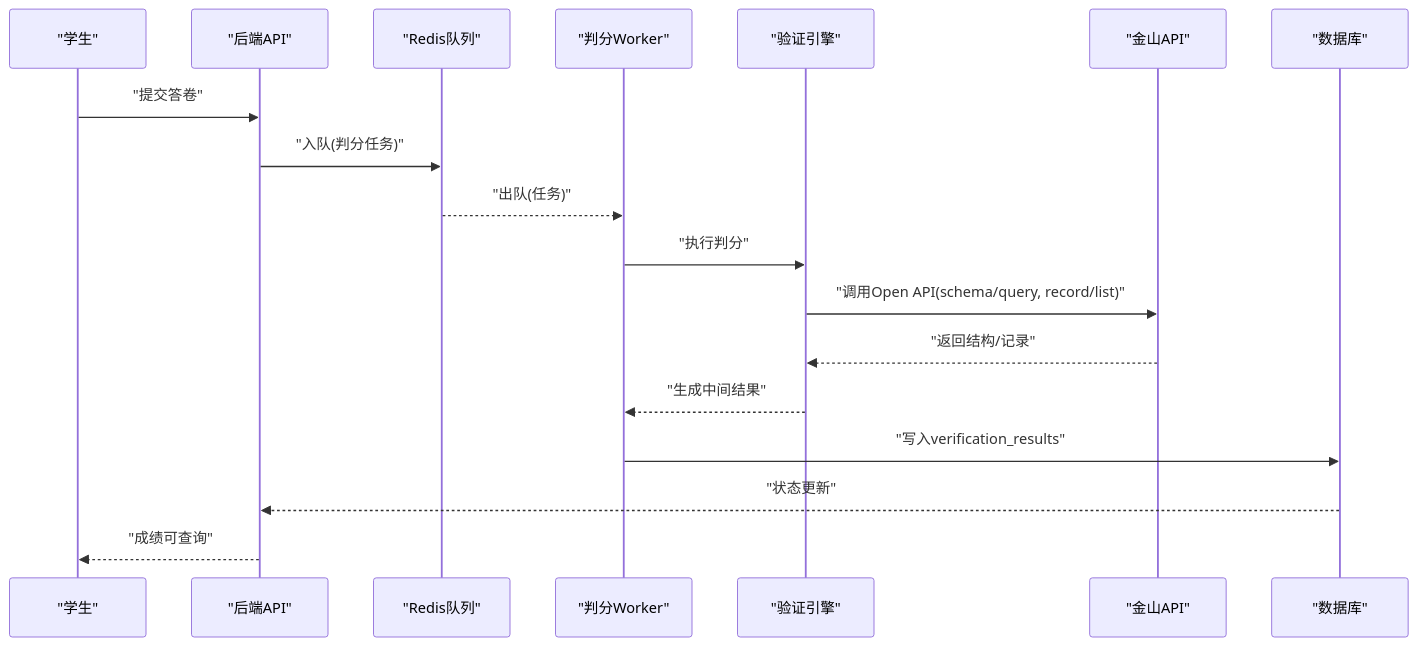
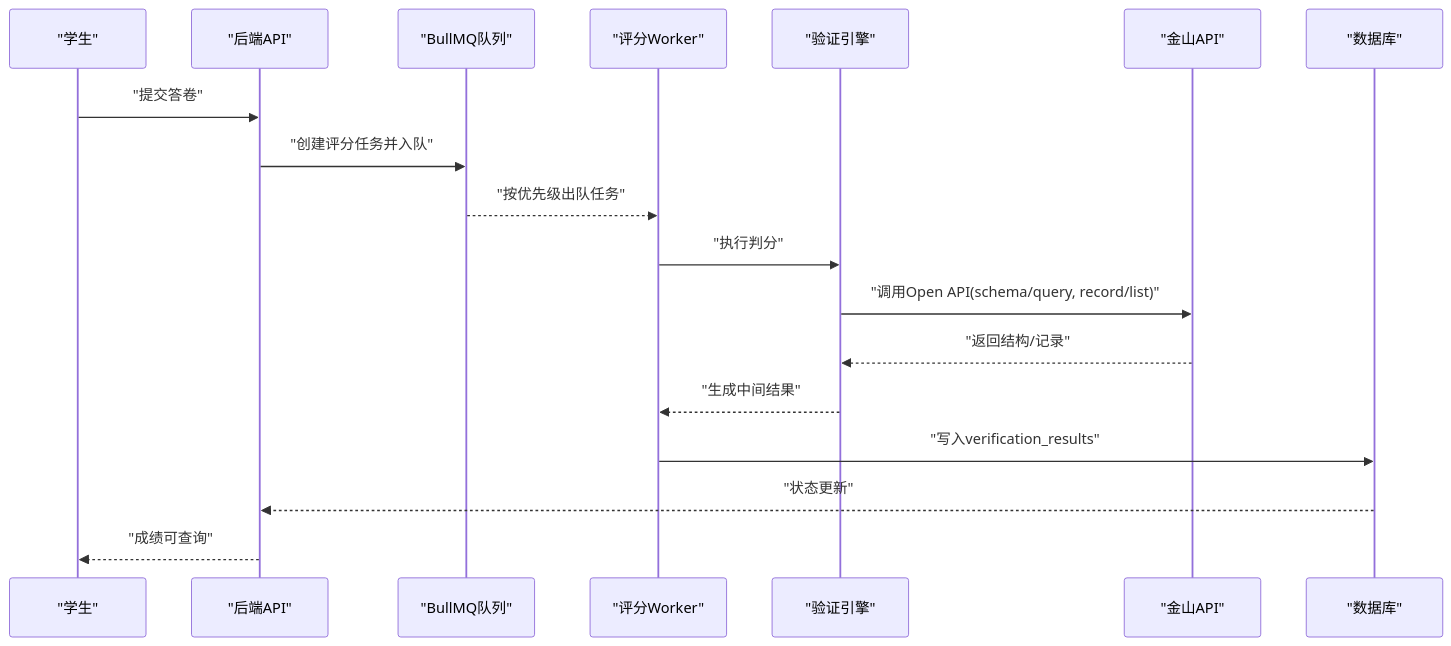
Before and after one commit to Ren-chao02/wps_dbsheet_examination_system: the third of 5 diagrams in .qoder/repowiki/zh/content/API参考/判分系统API.md, drawn with Mermaid. The commit also changed other lines of this file and 64 other files, not shown here.

````diff
--- a/.qoder/repowiki/zh/content/API参考/判分系统API.md
+++ b/.qoder/repowiki/zh/content/API参考/判分系统API.md
@@ -176,20 +211,20 @@
 ```mermaid
 sequenceDiagram
 participant S as "学生"
 participant API as "后端API"
-participant Q as "Redis队列"
-participant W as "判分Worker"
-participant E as "验证引擎"
-participant K as "金山API"
+participant BULLMQ as "BullMQ队列"
+participant WORKER as "评分Worker"
+participant ENGINE as "验证引擎"
+participant KS as "金山API"
 participant DB as "数据库"
 S->>API : "提交答卷"
-API->>Q : "入队(判分任务)"
-Q-->>W : "出队(任务)"
-W->>E : "执行判分"
-E->>K : "调用Open API(schema/query, record/list)"
-K-->>E : "返回结构/记录"
-E-->>W : "生成中间结果"
-W->>DB : "写入verification_results"
+API->>BULLMQ : "创建评分任务并入队"
+BULLMQ-->>WORKER : "按优先级出队任务"
+WORKER->>ENGINE : "执行判分"
+ENGINE->>KS : "调用Open API(schema/query, record/list)"
+KS-->>ENGINE : "返回结构/记录"
+ENGINE-->>WORKER : "生成中间结果"
+WORKER->>DB : "写入verification_results"
 DB-->>API : "状态更新"
 API-->>S : "成绩可查询"
 ```
````
